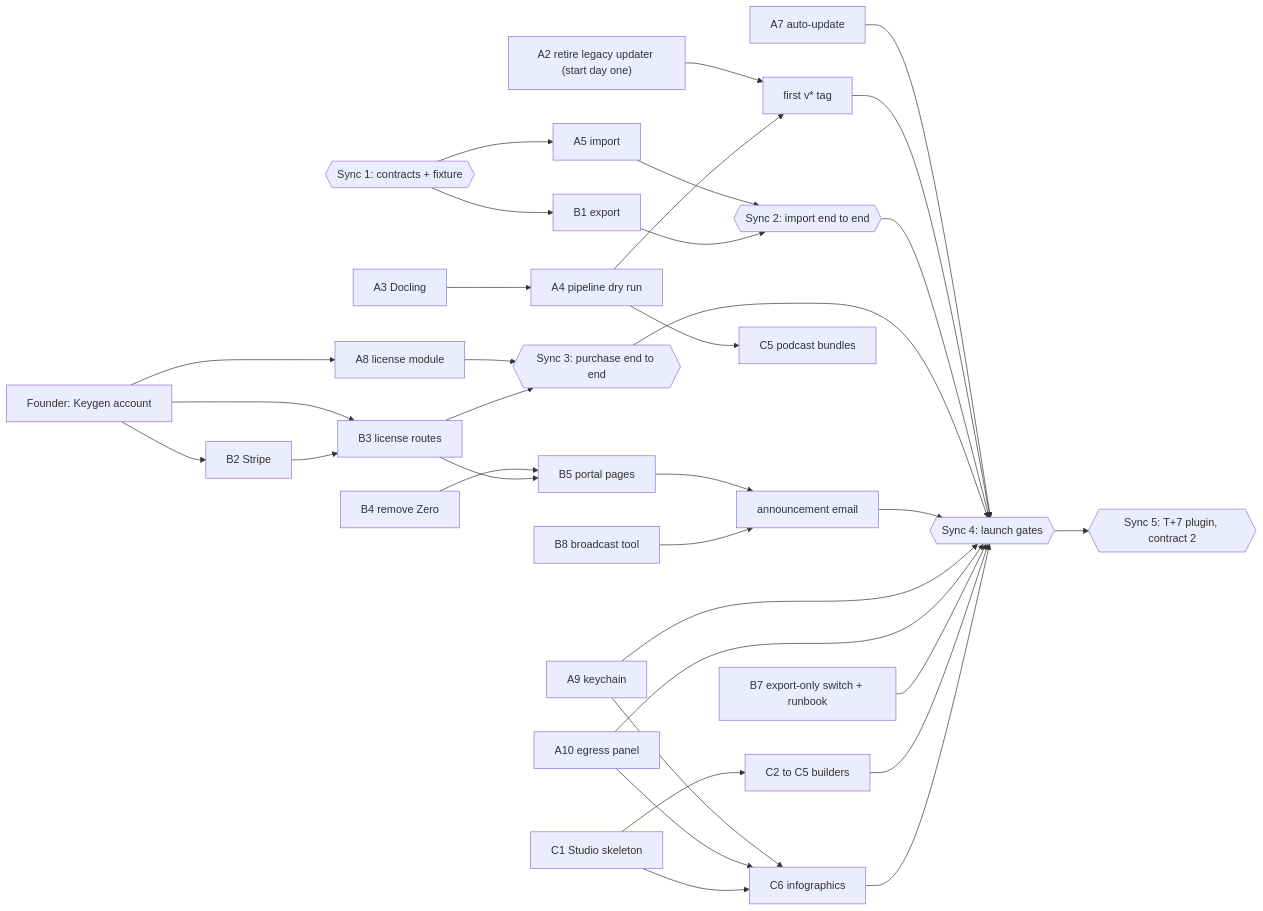
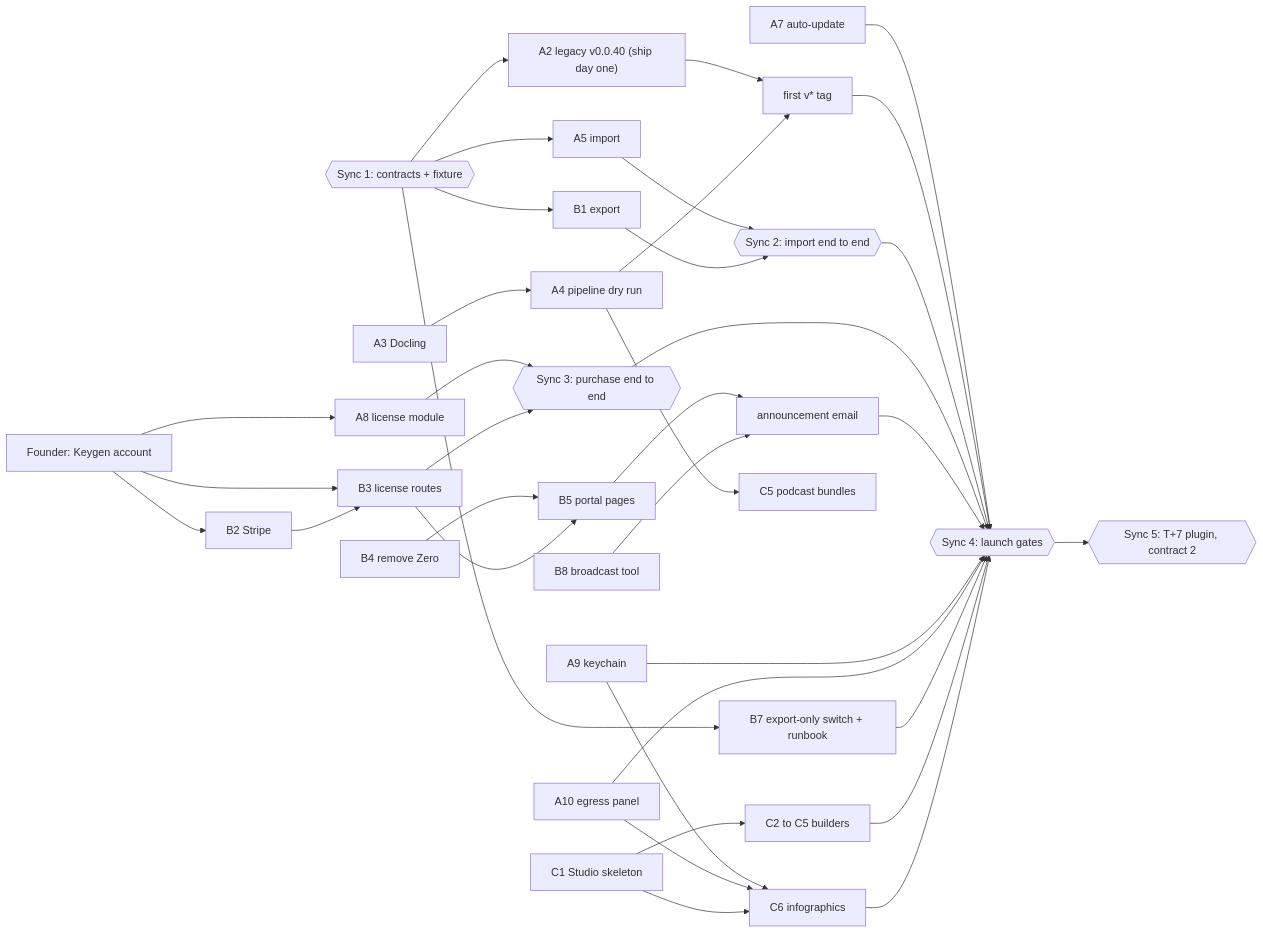
Before and after one commit to MODSetter/SurfSense: the second of 2 diagrams in plans/community-local/00d-pivot-plan.md, drawn with Mermaid. The commit also changed other lines of this file and 1 other file, not shown here.

Commit message:
docs(pivot): add sunset-flag contract, ship legacy v0.0.40 day one

````diff
--- a/plans/community-local/00d-pivot-plan.md
+++ b/plans/community-local/00d-pivot-plan.md
@@ -136,34 +141,36 @@
 ```mermaid
 flowchart LR
   Keygen[Founder: Keygen account] --> A8[A8 license module]
   Keygen --> B2[B2 Stripe]
   Keygen --> B3[B3 license routes]
   Contracts{{"Sync 1: contracts + fixture"}} --> A5[A5 import]
   Contracts --> B1[B1 export]
-  A2["A2 retire legacy updater (start day one)"] --> Tag[first v* tag]
+  Contracts --> A2["A2 legacy v0.0.40 (ship day one)"]
+  Contracts --> B7
+  A2 --> Tag[first v* tag]
   A3[A3 Docling] --> A4[A4 pipeline dry run] --> Tag
   A5 --> ImportE2E{{"Sync 2: import end to end"}}
   B1 --> ImportE2E
   A8 --> BuyE2E{{"Sync 3: purchase end to end"}}
   B2 --> B3 --> BuyE2E
   B4[B4 remove Zero] --> B5[B5 portal pages]
   B3 --> B5
   B5 --> Announce[announcement email]
   B8[B8 broadcast tool] --> Announce
   A9[A9 keychain] --> C6[C6 infographics]
   A10[A10 egress panel] --> C6
   A4 --> C5[C5 podcast bundles]
   C1[C1 Studio skeleton] --> C2[C2 to C5 builders]
   C1 --> C6
   A7[A7 auto-update] --> Gates{{"Sync 4: launch gates"}}
   Tag --> Gates
   ImportE2E --> Gates
   BuyE2E --> Gates
   Announce --> Gates
   A9 --> Gates
   A10 --> Gates
   B7[B7 export-only switch + runbook] --> Gates
   C2 --> Gates
   C6 --> Gates
   Gates --> T7{{"Sync 5: T+7 plugin, contract 2"}}
 ```
````
